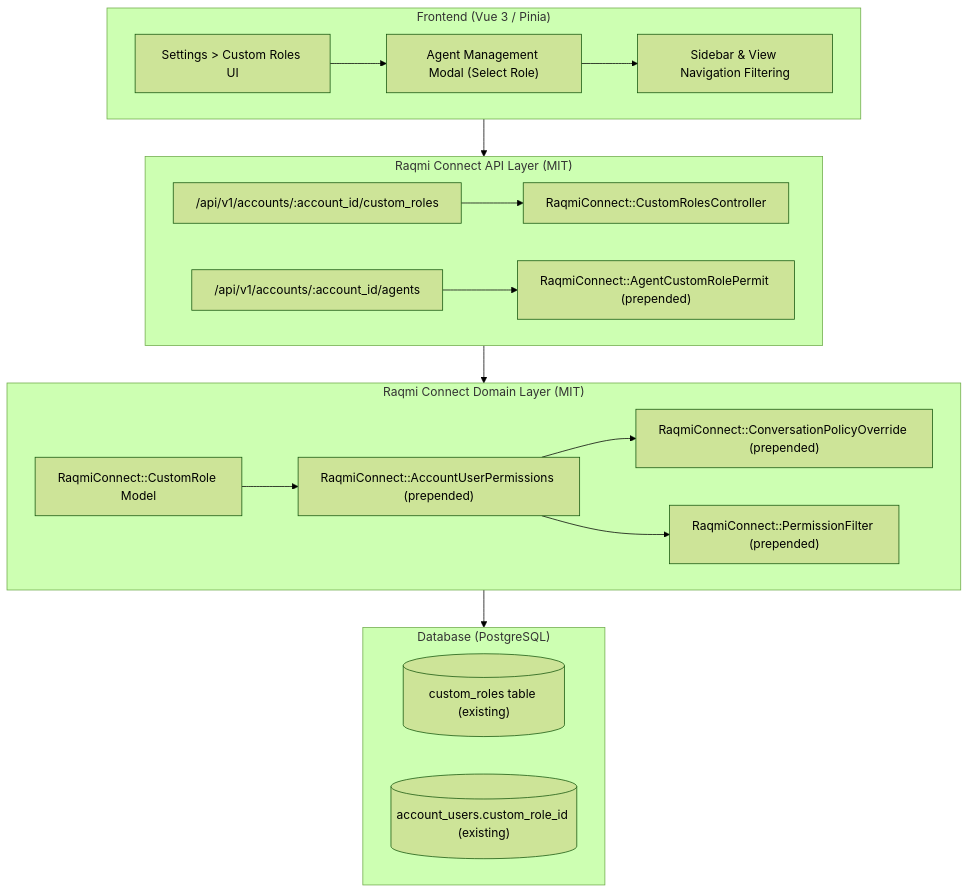
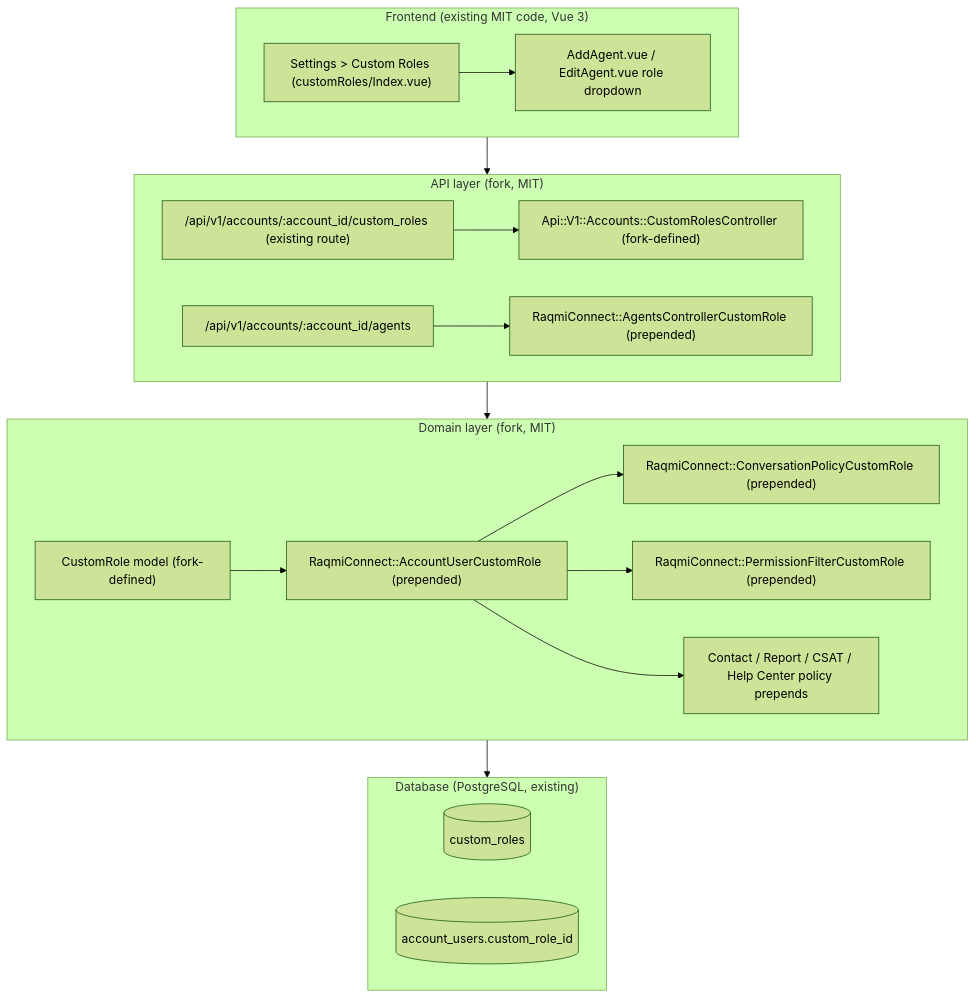
One commit to mbdali/chatwoot changed the diagram in docs/custom-roles-plan.md. Above: the diagram before and after it, drawn with Mermaid (forest theme). The commit also changed other lines of this file, not shown here.

First line of the commit message:
docs: revise custom roles plan after review

````diff
--- a/docs/custom-roles-plan.md
+++ b/docs/custom-roles-plan.md
@@ -17,27 +29,27 @@
 ```mermaid
 flowchart TD
-    subgraph Frontend["Frontend (Vue 3 / Pinia)"]
-        A["Settings > Custom Roles UI"] --> B["Agent Management Modal (Select Role)"]
-        B --> C["Sidebar & View Navigation Filtering"]
+    subgraph Frontend["Frontend (existing MIT code, Vue 3)"]
+        A["Settings > Custom Roles (customRoles/Index.vue)"] --> B["AddAgent.vue / EditAgent.vue role dropdown"]
     end
 
-    subgraph API["Raqmi Connect API Layer (MIT)"]
-        D["/api/v1/accounts/:account_id/custom_roles"] --> E["RaqmiConnect::CustomRolesController"]
-        F["/api/v1/accounts/:account_id/agents"] --> G["RaqmiConnect::AgentCustomRolePermit (prepended)"]
+    subgraph API["API layer (fork, MIT)"]
+        D["/api/v1/accounts/:account_id/custom_roles (existing route)"] --> E["Api::V1::Accounts::CustomRolesController (fork-defined)"]
+        F["/api/v1/accounts/:account_id/agents"] --> G["RaqmiConnect::AgentsControllerCustomRole (prepended)"]
     end
 
-    subgraph Domain["Raqmi Connect Domain Layer (MIT)"]
-        H["RaqmiConnect::CustomRole Model"] --> I["RaqmiConnect::AccountUserPermissions (prepended)"]
-        I --> J["RaqmiConnect::ConversationPolicyOverride (prepended)"]
-        I --> K["RaqmiConnect::PermissionFilter (prepended)"]
+    subgraph Domain["Domain layer (fork, MIT)"]
+        H["CustomRole model (fork-defined)"] --> I["RaqmiConnect::AccountUserCustomRole (prepended)"]
+        I --> J["RaqmiConnect::ConversationPolicyCustomRole (prepended)"]
+        I --> K["RaqmiConnect::PermissionFilterCustomRole (prepended)"]
+        I --> P["Contact / Report / CSAT / Help Center policy prepends"]
     end
 
-    subgraph Database["Database (PostgreSQL)"]
-        L[("custom_roles table (existing)")]
-        M[("account_users.custom_role_id (existing)")]
+    subgraph Database["Database (PostgreSQL, existing)"]
+        L[("custom_roles")]
+        M[("account_users.custom_role_id")]
     end
 
     Frontend --> API
     API --> Domain
     Domain --> Database
 ```
````
